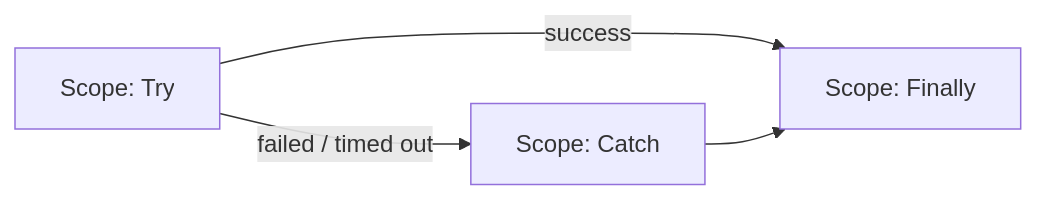
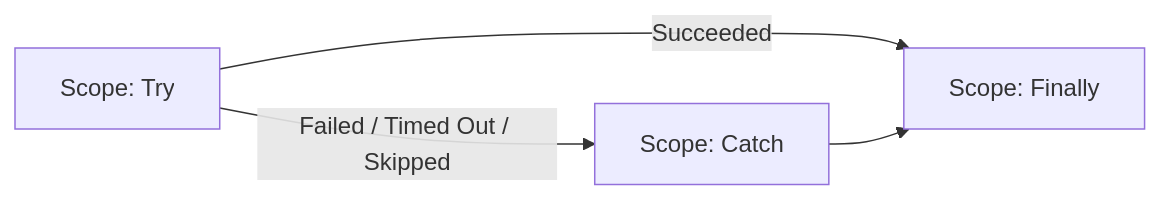
One commit to dartsen/knowledge-repository changed the sixth of 24 diagrams in 05-automation/power-automate/repeatable-patterns.md. Above: the diagram before and after it, drawn with Mermaid. The commit also changed other lines of this file, not shown here.

````diff
--- a/05-automation/power-automate/repeatable-patterns.md
+++ b/05-automation/power-automate/repeatable-patterns.md
@@ -48,6 +399,6 @@
 ```mermaid
 flowchart LR
-    TRY["Scope: Try"] -->|success| FIN["Scope: Finally"]
-    TRY -->|failed / timed out| CATCH["Scope: Catch"]
+    TRY["Scope: Try"] -->|Succeeded| FIN["Scope: Finally"]
+    TRY -->|Failed / Timed Out / Skipped| CATCH["Scope: Catch"]
     CATCH --> FIN
 ```
````
